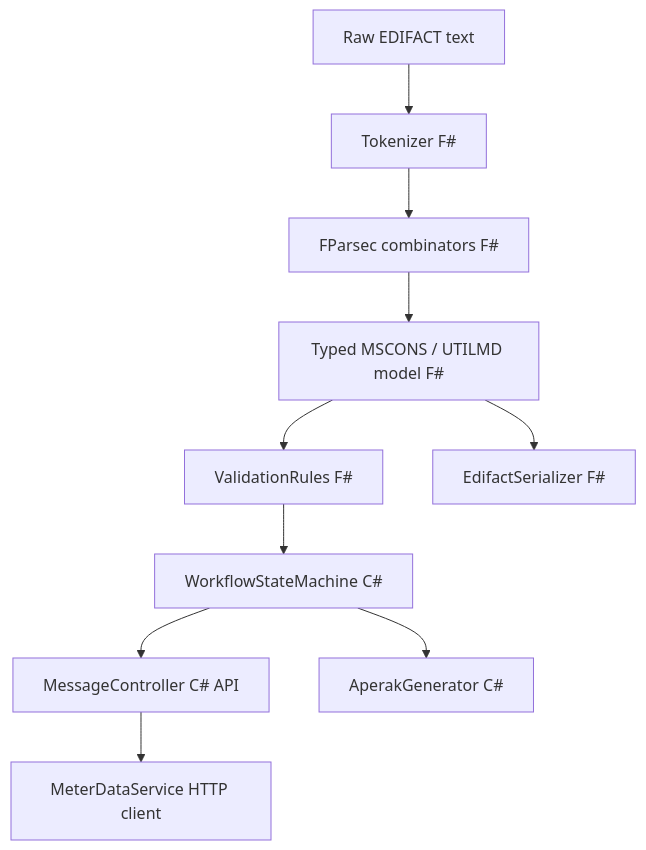
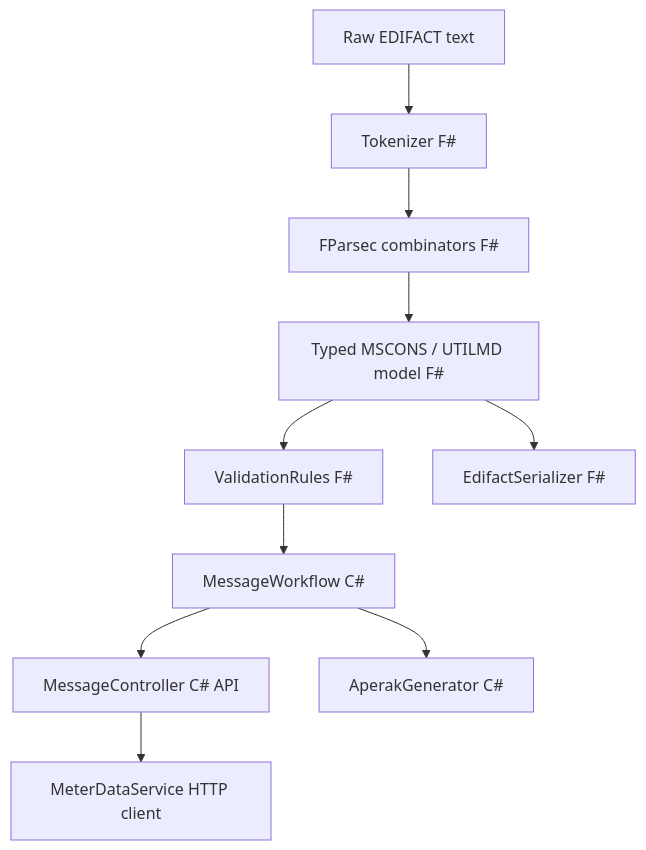
One commit to hanan-raza/edifact-energy-parser changed the first of 2 diagrams in README.md. Above: the diagram before and after it, drawn with Mermaid. The commit also changed other lines of this file and 7 other files, not shown here.

Commit message:
feat: add MessageWorkflow with guarded transitions and in-memory store

````diff
--- a/README.md
+++ b/README.md
@@ -38,12 +38,12 @@
 ```mermaid
 graph TD
     A[Raw EDIFACT text] --> B[Tokenizer F#]
     B --> C[FParsec combinators F#]
     C --> D[Typed MSCONS / UTILMD model F#]
     D --> E[ValidationRules F#]
-    E --> F[WorkflowStateMachine C#]
+    E --> F[MessageWorkflow C#]
     F --> G[MessageController C# API]
     F --> H[AperakGenerator C#]
     D --> I[EdifactSerializer F#]
     G --> J[MeterDataService HTTP client]
 ```
````
